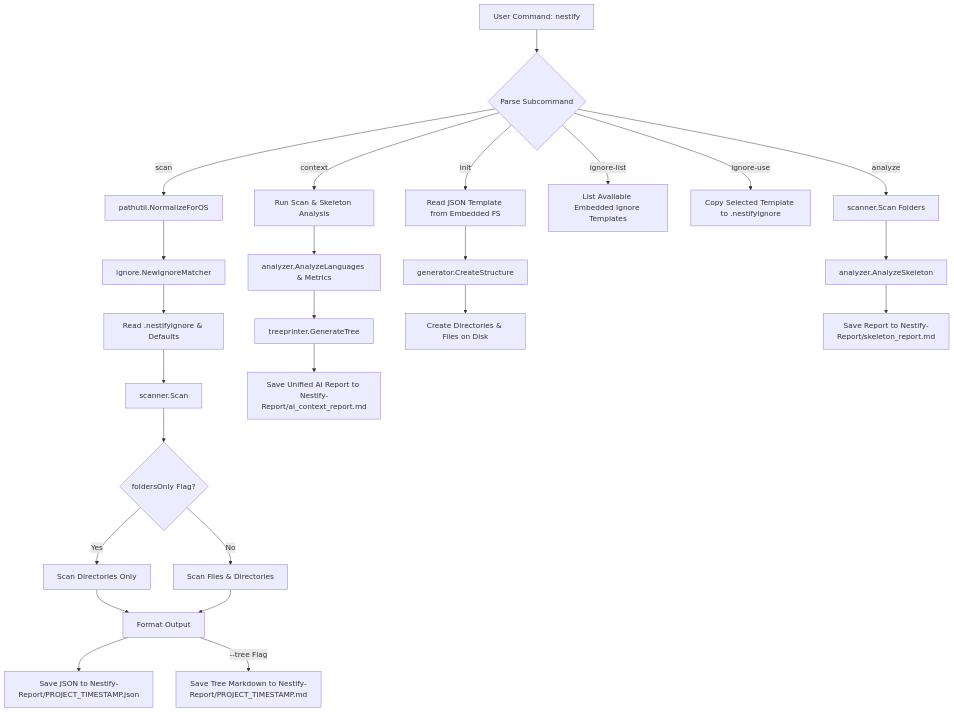
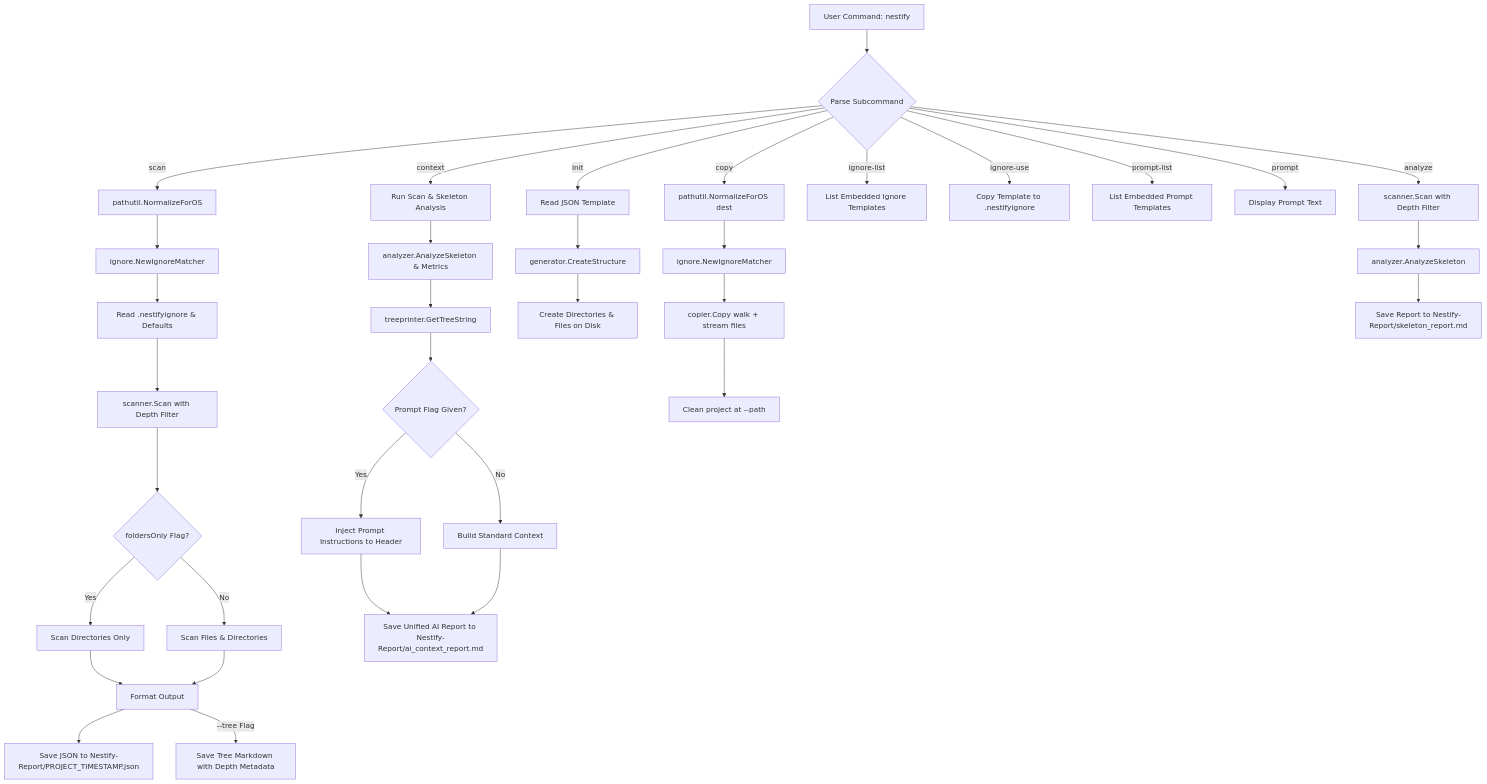
The diagram in README_fa.md (badboy1981/Nestify), drawn with Mermaid before and after one commit. The commit also changed other lines of this file and 1 other file, not shown here.

````diff
--- a/README_fa.md
+++ b/README_fa.md
@@ -52,38 +49,44 @@
 ```mermaid
 graph TD
     A[User Command: nestify] --> B{Parse Subcommand}
 
-    %% SCAN COMMAND FLOW
     B -->|scan| C[pathutil.NormalizeForOS]
     C --> D[ignore.NewIgnoreMatcher]
     D --> E[Read .nestifyignore & Defaults]
-    E --> F[scanner.Scan]
+    E --> F[scanner.Scan with Depth Filter]
     F --> G{foldersOnly Flag?}
     G -->|Yes| H[Scan Directories Only]
     G -->|No| I[Scan Files & Directories]
     H --> J[Format Output]
     I --> J
     J --> K[Save JSON to Nestify-Report/PROJECT_TIMESTAMP.json]
-    J -->|--tree Flag| L[Save Tree Markdown to Nestify-Report/PROJECT_TIMESTAMP.md]
+    J -->|--tree Flag| L[Save Tree Markdown with Depth Metadata]
 
-    %% CONTEXT COMMAND FLOW
     B -->|context| M[Run Scan & Skeleton Analysis]
-    M --> N[analyzer.AnalyzeLanguages & Metrics]
-    N --> O[treeprinter.GenerateTree]
-    O --> P[Save Unified AI Report to Nestify-Report/ai_context_report.md]
+    M --> N[analyzer.AnalyzeSkeleton & Metrics]
+    N --> O[treeprinter.GetTreeString]
+    O --> P{Prompt Flag Given?}
+    P -->|Yes| Q[Inject Prompt Instructions to Header]
+    P -->|No| R[Build Standard Context]
+    Q --> S[Save Unified AI Report to Nestify-Report/ai_context_report.md]
+    R --> S
 
-    %% INIT COMMAND FLOW
-    B -->|init| Q[Read JSON Template from Embedded FS]
-    Q --> R[generator.CreateStructure]
-    R --> S[Create Directories & Files on Disk]
+    B -->|init| T[Read JSON Template]
+    T --> U[generator.CreateStructure]
+    U --> V[Create Directories & Files on Disk]
 
-    %% IGNORE COMMAND FLOW
-    B -->|ignore-list| T[List Available Embedded Ignore Templates]
-    B -->|ignore-use| U[Copy Selected Template to .nestifyignore]
+    B -->|copy| CA[pathutil.NormalizeForOS dest]
+    CA --> CB[ignore.NewIgnoreMatcher]
+    CB --> CC[copier.Copy walk + stream files]
+    CC --> CD[Clean project at --path]
 
-    %% ANALYZE COMMAND FLOW
-    B -->|analyze| V[scanner.Scan Folders]
-    V --> W[analyzer.AnalyzeSkeleton]
-    W --> X[Save Report to Nestify-Report/skeleton_report.md]
+    B -->|ignore-list| W[List Embedded Ignore Templates]
+    B -->|ignore-use| X[Copy Template to .nestifyignore]
 
+    B -->|prompt-list| Y[List Embedded Prompt Templates]
+    B -->|prompt| Z[Display Prompt Text]
+
+    B -->|analyze| AA[scanner.Scan with Depth Filter]
+    AA --> AB[analyzer.AnalyzeSkeleton]
+    AB --> AC[Save Report to Nestify-Report/skeleton_report.md]
 ```
````
